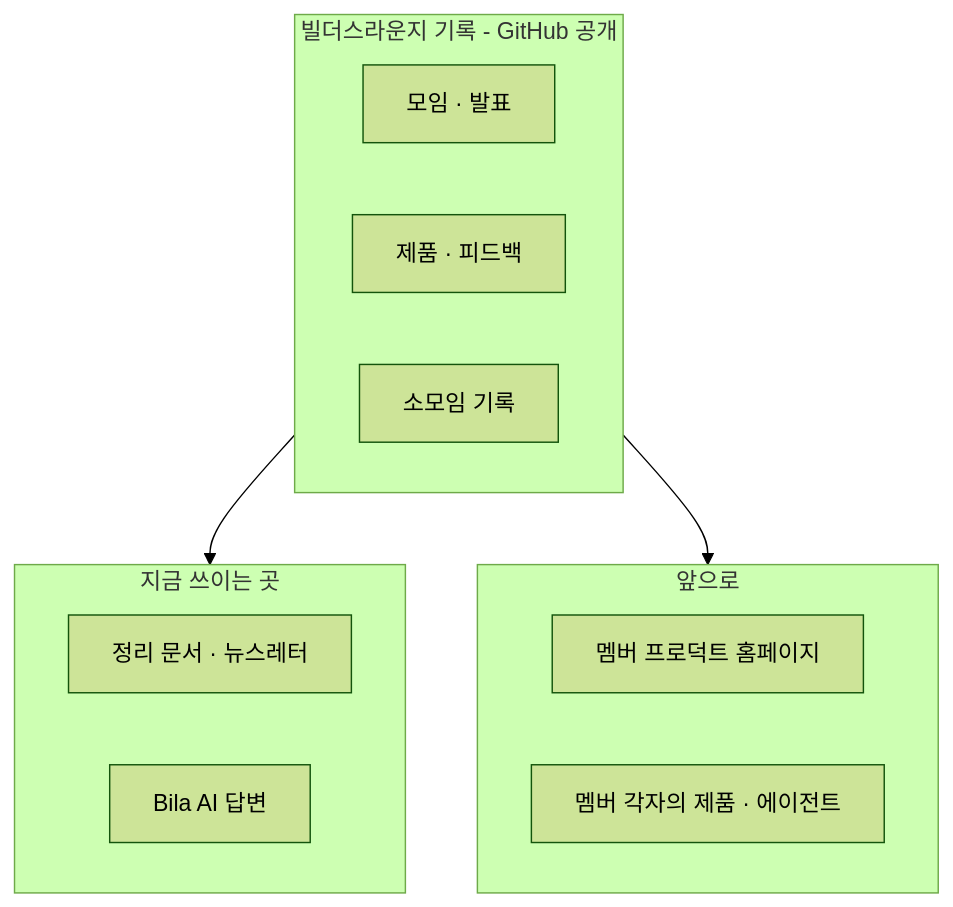
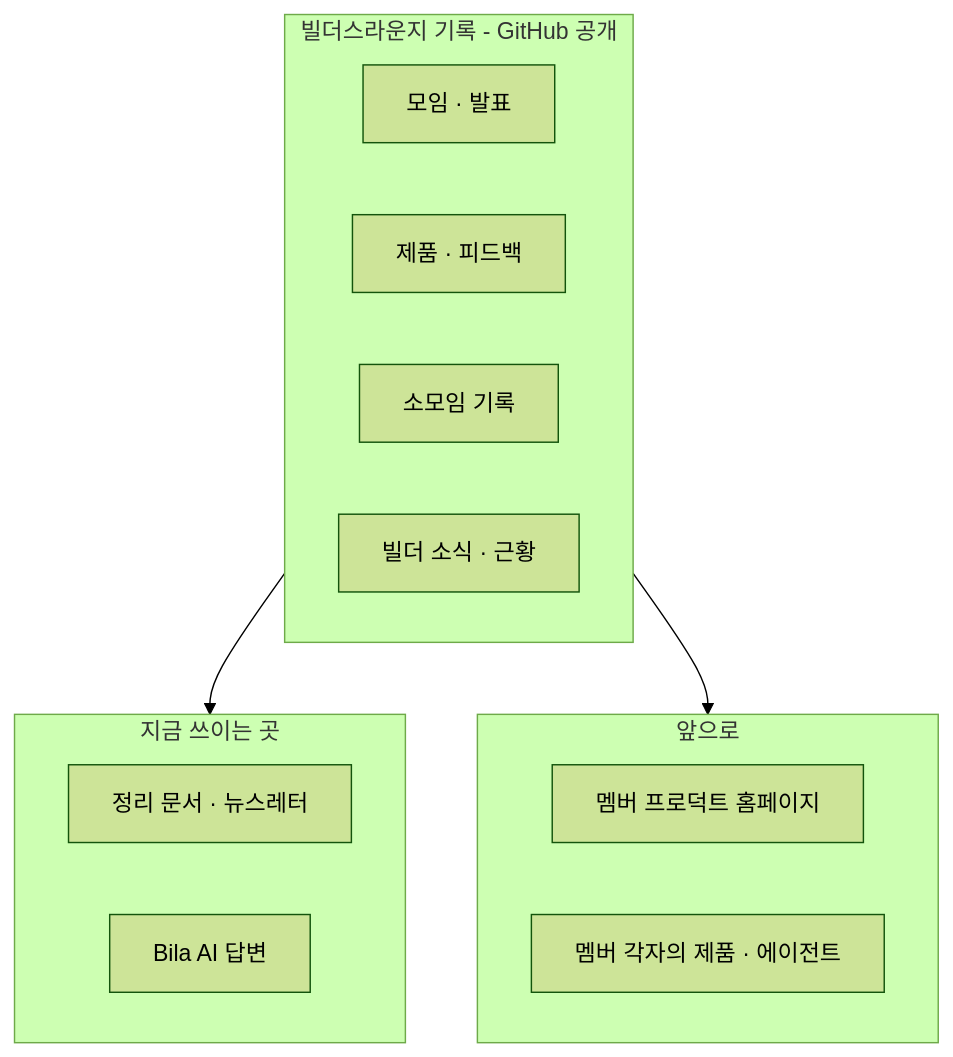
One commit to solkit70/builders-lounge-personal-notes changed the first of 2 diagrams in planning-2027/2026-11-08 BL 회고와 2027 계획 - 결과 (방송 중 작성).md. Above: the diagram before and after it, drawn with Mermaid (forest theme). The commit also changed other lines of this file, not shown here.

````diff
--- a/planning-2027/2026-11-08 BL 회고와 2027 계획 - 결과 (방송 중 작성).md
+++ b/planning-2027/2026-11-08 BL 회고와 2027 계획 - 결과 (방송 중 작성).md
@@ -71,21 +71,22 @@
 ```mermaid
 flowchart TB
     subgraph Rec["빌더스라운지 기록 - GitHub 공개"]
         direction LR
         R1["모임 · 발표"]
         R2["제품 · 피드백"]
         R3["소모임 기록"]
+        R4["빌더 소식 · 근황"]
     end
     subgraph Now["지금 쓰이는 곳"]
         direction LR
         N1["정리 문서 · 뉴스레터"]
         N2["Bila AI 답변"]
     end
     subgraph Next["앞으로"]
         direction LR
         X1["멤버 프로덕트 홈페이지"]
         X2["멤버 각자의 제품 · 에이전트"]
     end
     Rec --> Now
     Rec --> Next
 ```
````
